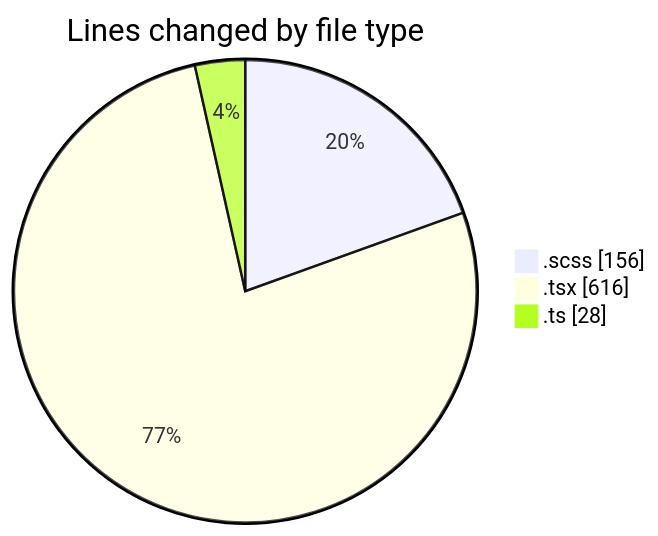
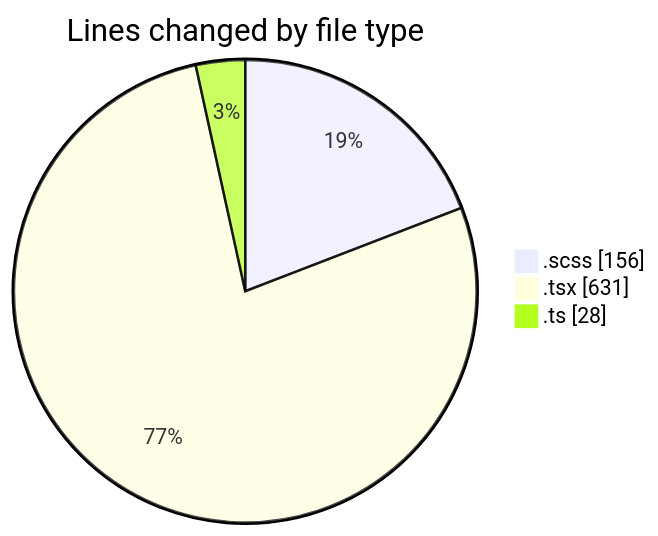
Before and after one commit to momahboobian/code-tracking: the first of 2 diagrams in 2025-02-10/cda/README.md, drawn with Mermaid. The commit also changed other lines of this file and 1 other file, not shown here.

````diff
--- a/2025-02-10/cda/README.md
+++ b/2025-02-10/cda/README.md
@@ -25,7 +25,7 @@
 ```mermaid
 pie showData
 title Lines changed by file type
 ".scss" : 156
-".tsx" : 616
+".tsx" : 631
 ".ts" : 28
 ```
````
